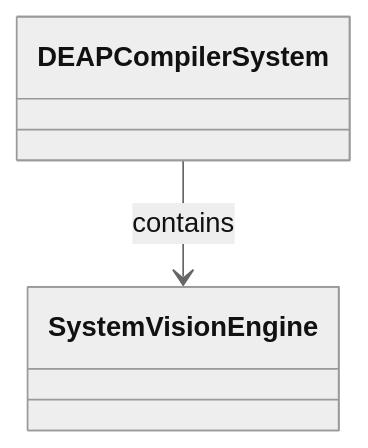
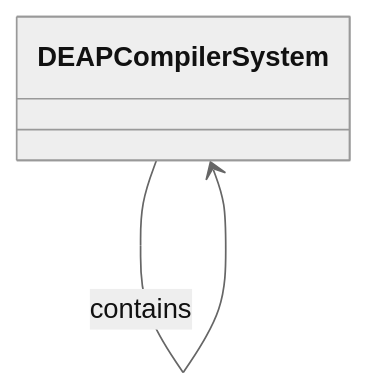
The first of 2 diagrams in docs/epics/EPIC-01-SysML_Model.md (gintatkinson/dumpiler-01), drawn with Mermaid (neutral theme) before and after one commit. The commit also changed other lines of this file and 269 other files, not shown here.

First line of the commit message:
feat(compiler): establish domain-free upstream schema and dynamic lowering (refs #115, refs #116, refs #117, refs #118, refs #119, refs #120)

````diff
--- a/docs/epics/EPIC-01-SysML_Model.md
+++ b/docs/epics/EPIC-01-SysML_Model.md
@@ -65,6 +62,6 @@
 ```mermaid
 classDiagram
     class DEAPCompilerSystem
-    class SystemVisionEngine
-    DEAPCompilerSystem --> SystemVisionEngine : contains
+    class DEAPCompilerSystem
+    DEAPCompilerSystem --> DEAPCompilerSystem : contains
 ```
````
